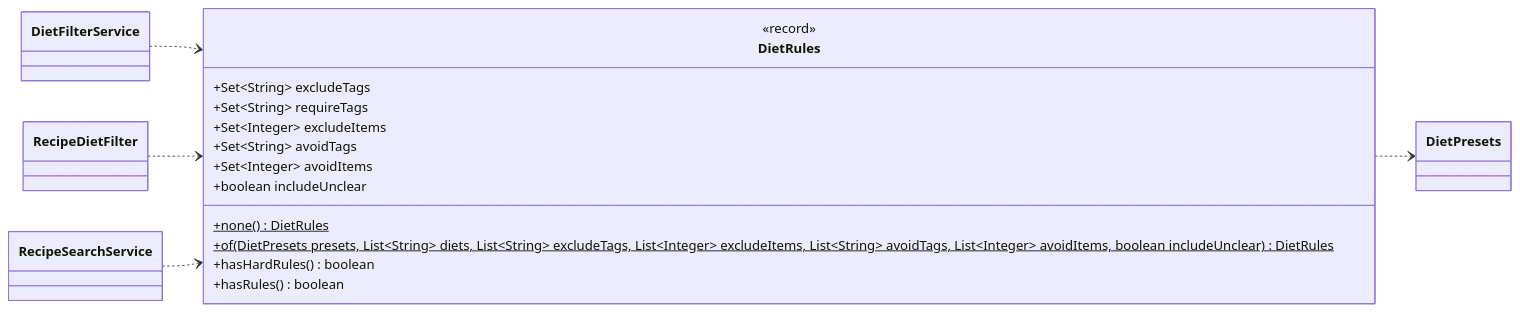
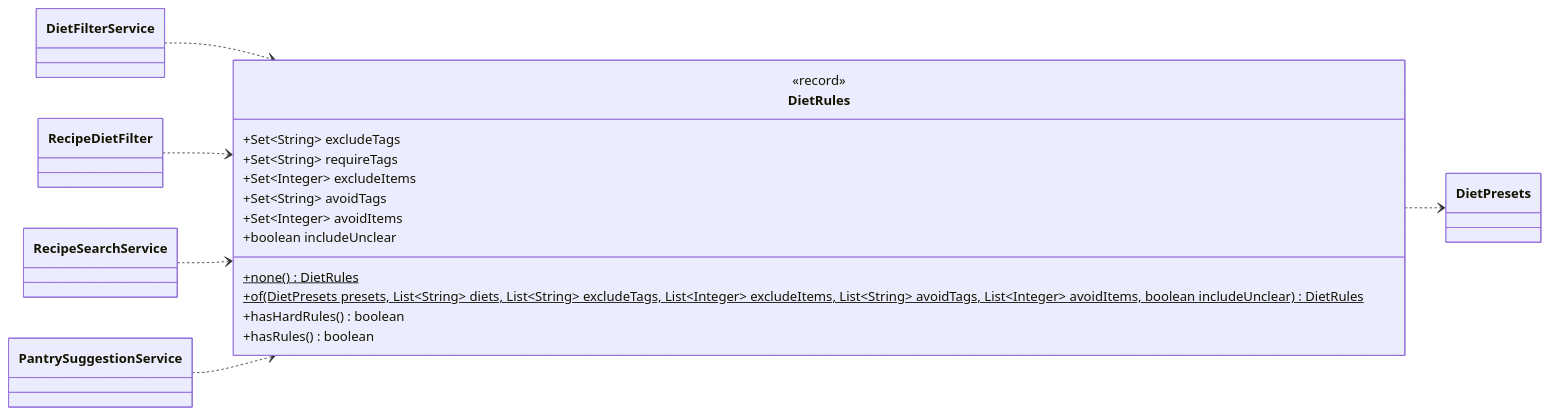
One commit to Nate-ryan-7690/dahaem changed the eighth of 15 diagrams in docs/classes/diet.md. Above: the diagram before and after it, drawn with Mermaid. The commit also changed other lines of this file and 16 other files, not shown here.

Commit message:
Pantry suggestions: apply the household's diet rules, treat expired stock as not usable, cap the list at 200

````diff
--- a/docs/classes/diet.md
+++ b/docs/classes/diet.md
@@ -387,25 +393,27 @@
 ```mermaid
 classDiagram
     direction LR
     class diet_DietRules["DietRules"] {
         <<record>>
         +Set~String~ excludeTags
         +Set~String~ requireTags
         +Set~Integer~ excludeItems
         +Set~String~ avoidTags
         +Set~Integer~ avoidItems
         +boolean includeUnclear
         +none() DietRules$
         +of(DietPresets presets, List~String~ diets, List~String~ excludeTags, List~Integer~ excludeItems, List~String~ avoidTags, List~Integer~ avoidItems, boolean includeUnclear) DietRules$
         +hasHardRules() boolean
         +hasRules() boolean
     }
     class diet_DietPresets["DietPresets"]
     class diet_DietFilterService["DietFilterService"]
     class diet_RecipeDietFilter["RecipeDietFilter"]
     class mealplanner_RecipeSearchService["RecipeSearchService"]
+    class suggestions_PantrySuggestionService["PantrySuggestionService"]
     diet_DietRules ..> diet_DietPresets
     diet_DietFilterService ..> diet_DietRules
     diet_RecipeDietFilter ..> diet_DietRules
     mealplanner_RecipeSearchService ..> diet_DietRules
+    suggestions_PantrySuggestionService ..> diet_DietRules
 ```
````
